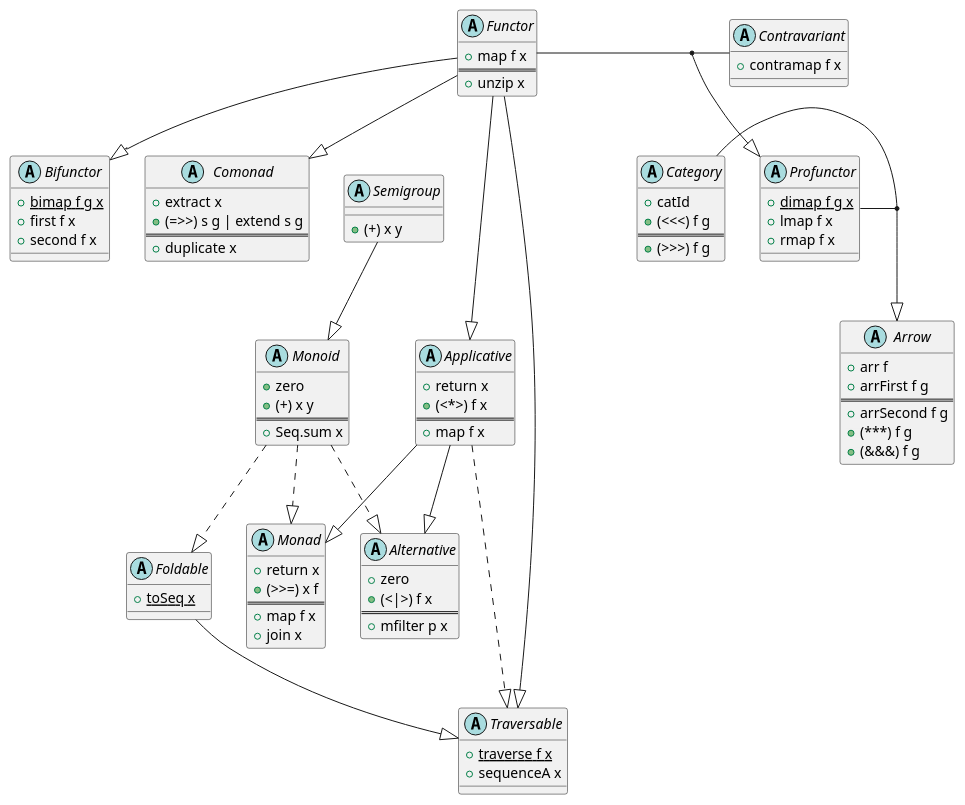
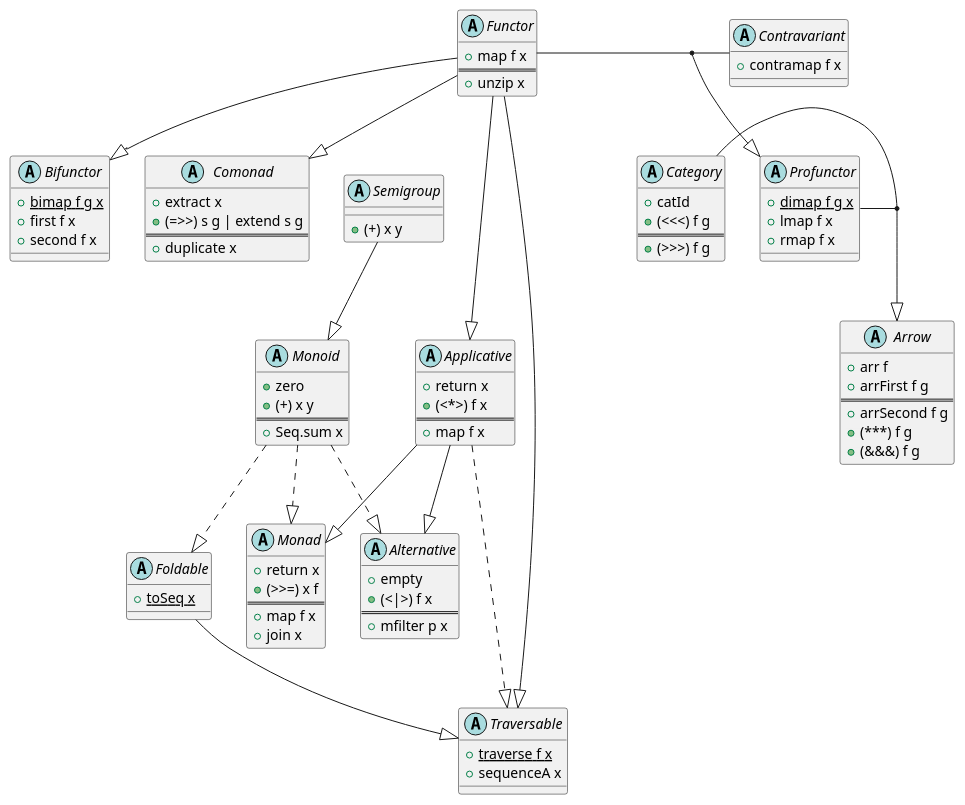
One commit to fsprojects/FSharpPlus changed the diagram in docsrc/content/abstractions.plantuml. Above: the diagram before and after it, drawn with PlantUML.

Commit message:
The alternative in the diagram has a zero, while in the docs it's empty.

```diff
--- a/docsrc/content/abstractions.plantuml
+++ b/docsrc/content/abstractions.plantuml
@@ -1,117 +1,117 @@
 @startuml
 together {
 	abstract class Semigroup [[http://gusty.github.io/FSharpPlus/abstraction-semigroup.html]] {
 	  + (+) x y [[[http://gusty.github.io/FSharpPlus/abstraction-semigroup.html#plus {Appends two semigroups} ]]]
 	}
 
 	abstract class Comonad [[http://gusty.github.io/FSharpPlus/abstraction-comonad.html]] {
 	  + extract x [[[http://gusty.github.io/FSharpPlus/abstraction-comonad.html#extract]]]
 	  + (=>>) s g | extend s g [[[http://gusty.github.io/FSharpPlus/abstraction-comonad.html#extend]]]
 	  ==
 	  + duplicate x
 	}
 }
 
 abstract class Monoid [[http://gusty.github.io/FSharpPlus/abstraction-monoid.html]] {
   + zero [[[http://gusty.github.io/FSharpPlus/abstraction-monoid.html#zero {Identity for (+)} ]]]
   + (+) x y [[[http://gusty.github.io/FSharpPlus/abstraction-monoid.html#plus {Appends both monoids} ]]]
   ==
   + Seq.sum x [[[http://gusty.github.io/FSharpPlus/abstraction-monoid.html#sum {Flatten a sequence of monoids} ]]]
 }
 
 
 abstract class Functor [[http://gusty.github.io/FSharpPlus/abstraction-functor.html]] {
   + map f x [[[http://gusty.github.io/FSharpPlus/abstraction-functor.html#map {Lift a function into a Functor} ]]]
   ==
   + unzip x
 }
 
 abstract class Contravariant [[http://gusty.github.io/FSharpPlus/abstraction-contravariant.html]] {
   + contramap f x [[[http://gusty.github.io/FSharpPlus/abstraction-contravariant.html#contramap]]]
 }
 
 
 abstract class Applicative [[http://gusty.github.io/FSharpPlus/abstraction-applicative.html]] {
   + return x [[[http://gusty.github.io/FSharpPlus/abstraction-monad.html#return {Lift a value into a Functor} ]]]
   + (<*>) f x [[[http://gusty.github.io/FSharpPlus/abstraction-applicative.html {Apply a lifted argument to a lifted function} ]]]
   ==
   + map f x [[[http://gusty.github.io/FSharpPlus/abstraction-functor.html#map {Lift a function into a Functor} ]]]
 }
 
 abstract class Alternative [[http://gusty.github.io/FSharpPlus/abstraction-alternative.html]] {
-  + zero [[[http://gusty.github.io/FSharpPlus/abstraction-alternative.html]]]
+  + empty [[[http://gusty.github.io/FSharpPlus/abstraction-alternative.html]]]
   + (<|>) f x [[[http://gusty.github.io/FSharpPlus/abstraction-alternative.html]]]
   ==
   + mfilter p x [[[http://gusty.github.io/FSharpPlus/abstraction-alternative.html#mfilter {Returns all values satisfying the predicate, if the predicate returns false will use the empty value} ]]]
 }
 
 abstract class Monad [[http://gusty.github.io/FSharpPlus/abstraction-monad.html]] {
   + return x [[[http://gusty.github.io/FSharpPlus/abstraction-monad.html#return {Lift a value into a Functor} ]]]
   + (>>=) x f [[[http://gusty.github.io/FSharpPlus/abstraction-monad.html#bind {Takes a monadic value and a function from a plain type to a monadic value, and returns a new monadic value} ]]]
   ==
   + map f x [[[http://gusty.github.io/FSharpPlus/abstraction-functor.html#map {Lift a function into a Functor} ]]]
   + join x [[[http://gusty.github.io/FSharpPlus/abstraction-functor.html#join {Flattens two layers of monadic information into one} ]]]
 }
 
 
 abstract class Bifunctor [[http://gusty.github.io/FSharpPlus/abstraction-bifunctor.html]] {
   + {static} bimap f g x [[[http://gusty.github.io/FSharpPlus/abstraction-bifunctor.html#bimap]]]
   + first f x [[[http://gusty.github.io/FSharpPlus/abstraction-bifunctor.html#first]]]
   + second f x [[[http://gusty.github.io/FSharpPlus/abstraction-bifunctor.html#second]]]
 }
 
 
 
 abstract class Foldable [[http://gusty.github.io/FSharpPlus/abstraction-foldable.html]] {
   {static} + toSeq x [[[http://gusty.github.io/FSharpPlus/abstraction-foldable.html#toSeq {Converts to a seq} ]]]
 }
 
 
 abstract class Traversable [[http://gusty.github.io/FSharpPlus/abstraction-traversable.html]] {
   {static} + traverse f x [[[http://gusty.github.io/FSharpPlus/abstraction-traversable.html#traverse {Map each element of a structure to an action, evaluate them left to right and collect result }]]]
   + sequenceA x [[[http://gusty.github.io/FSharpPlus/abstraction-traversable.html#sequenceA {Evaluate each action in the structure left to right and collect the result } ]]]
 }
 
 together {
 	abstract class Profunctor [[http://gusty.github.io/FSharpPlus/abstraction-profunctor.html]] {
 	  + {static} dimap f g x [[[http://gusty.github.io/FSharpPlus/abstraction-profunctor.html#dimap]]]
 	  + lmap f x [[[http://gusty.github.io/FSharpPlus/abstraction-profunctor.html#lmap]]]
 	  + rmap f x [[[http://gusty.github.io/FSharpPlus/abstraction-profunctor.html#rmap]]]
 	}
 
 	abstract class Category [[http://gusty.github.io/FSharpPlus/abstraction-category.html]] {
 	  + catId [[[http://gusty.github.io/FSharpPlus/abstraction-category.html#catId {The identity morphism. }]]]
 	  + (<<<) f g [[[http://gusty.github.io/FSharpPlus/abstraction-category.html#catComp {Right-to-left morphism composition. } ]]]
 	  ==
 	  + (>>>) f g [[[http://gusty.github.io/FSharpPlus/abstraction-category.html#catComp {Left-to-right morphism composition. } ]]]
 	}
 }
 
 abstract class Arrow [[http://gusty.github.io/FSharpPlus/abstraction-arrow.html]] {
   + arr f [[[http://gusty.github.io/FSharpPlus/abstraction-arrow.html#arr {Lift a function to an arrow. }]]]
   + arrFirst f g [[[http://gusty.github.io/FSharpPlus/abstraction-arrow.html#arrFirst {Send the 1st component of the input through the argument arrow and copy the rest unchanged to the output. } ]]]
   ==
   + arrSecond f g [[[http://gusty.github.io/FSharpPlus/abstraction-arrow.html#arrSecond {Send the 2nd component of the input through the argument arrow and copy the rest unchanged to the output. } ]]]
   + (***) f g [[[http://gusty.github.io/FSharpPlus/abstraction-arrow.html#arrCombine {Split the input between the two argument arrows and combine their output. } ]]]
   + (&&&) f g [[[http://gusty.github.io/FSharpPlus/abstraction-arrow.html#fanout {Send the input to both argument arrows and combine their output. } ]]]
 }
 
 
 
 Semigroup  --|> Monoid 
 Functor  --|> Bifunctor
 Functor  --|> Applicative
 Applicative  --|> Monad
 Applicative  --|> Alternative
 Monoid ..|> Monad
 Monoid ..|> Foldable
 Functor --|> Comonad
 Functor --|> Traversable
 Foldable --|> Traversable
 Applicative ..|> Traversable
 Monoid ..|> Alternative
 Functor - Contravariant
 (Functor, Contravariant) --|> Profunctor
 Profunctor - Category
 (Profunctor, Category) --|>  Arrow
 @enduml
```
